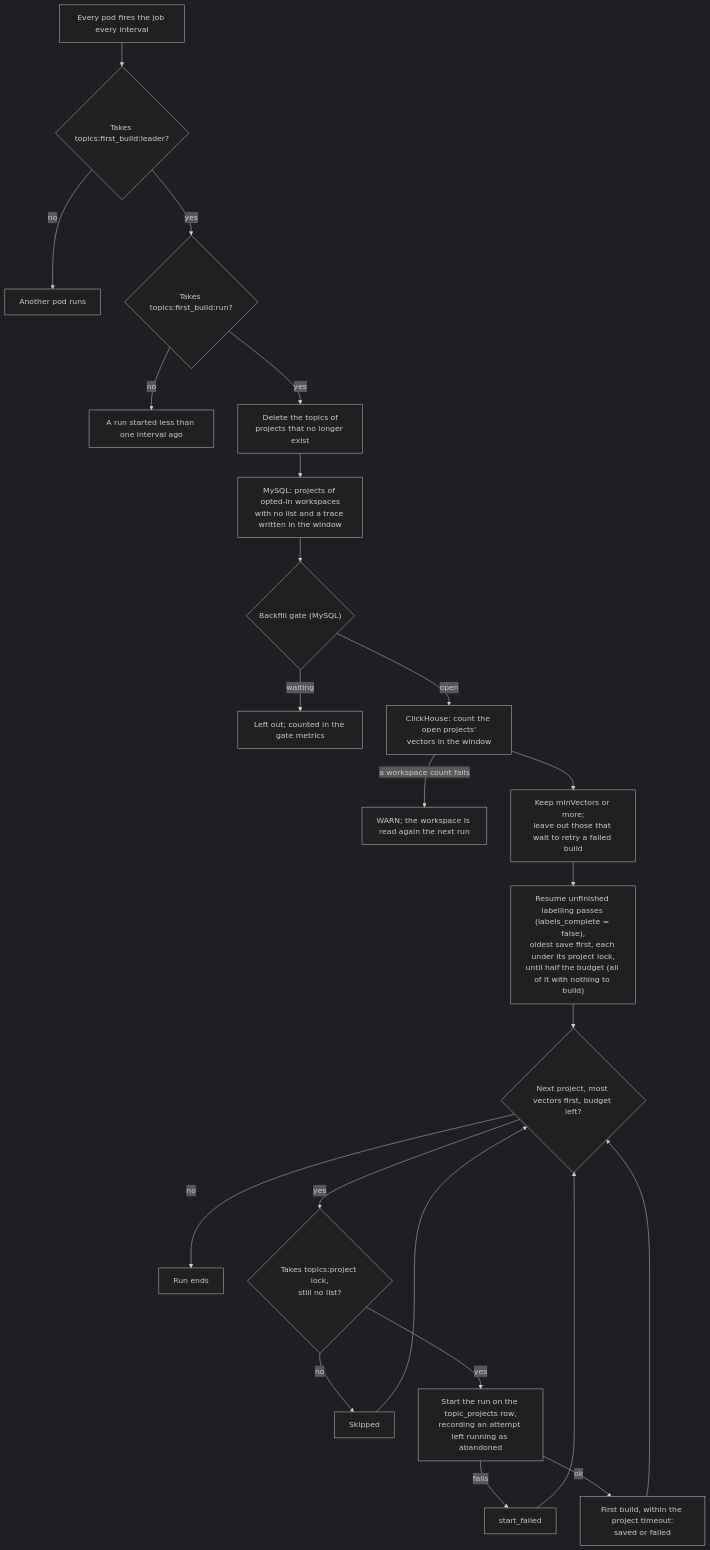
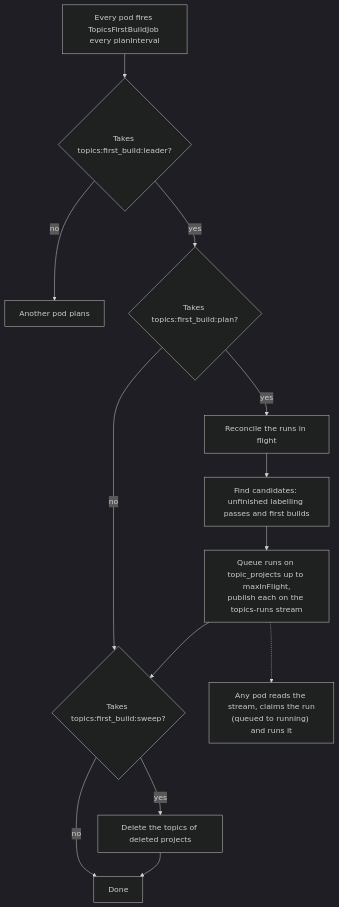
Before and after one commit to comet-ml/opik: the diagram in apps/opik-backend/docs/ai-labels-runbook.md, drawn with Mermaid (dark theme). The commit also changed other lines of this file, not shown here.

Commit message:
[OPIK-8987] [BE] docs: the runbook's first build on the run queue

````diff
--- a/apps/opik-backend/docs/ai-labels-runbook.md
+++ b/apps/opik-backend/docs/ai-labels-runbook.md
@@ -154,25 +126,15 @@
 ```mermaid
 flowchart TD
-    A["Every pod fires the job every interval"] --> B{"Takes topics:first_build:leader?"}
-    B -->|no| B1["Another pod runs"]
-    B -->|yes| R{"Takes topics:first_build:run?"}
-    R -->|no| R1["A run started less than one interval ago"]
-    R -->|yes| C["Delete the topics of<br/>projects that no longer exist"]
-    C --> D["MySQL: projects of opted-in workspaces<br/>with no list and a trace written in the window"]
-    D --> E{"Backfill gate (MySQL)"}
-    E -->|waiting| E1["Left out; counted in the gate metrics"]
-    E -->|open| F["ClickHouse: count the open projects'<br/>vectors in the window"]
-    F -->|a workspace count fails| F1["WARN; the workspace is read again the next run"]
-    F --> G["Keep minVectors or more;<br/>leave out those that wait to retry a failed build"]
-    G --> L["Resume unfinished labelling passes (labels_complete = false),<br/>oldest save first, each under its project lock,<br/>until half the budget (all of it with nothing to build)"]
-    L --> H{"Next project, most vectors first, budget left?"}
-    H -->|no| M["Run ends"]
-    H -->|yes| I{"Takes topics:project lock,<br/>still no list?"}
-    I -->|no| I1["Skipped"]
-    I -->|yes| J["Start the run on the topic_projects row,<br/>recording an attempt left running as abandoned"]
-    J -->|fails| J1["start_failed"]
-    J -->|ok| K["First build, within the project timeout:<br/>saved or failed"]
-    K --> H
-    I1 --> H
-    J1 --> H
+    A["Every pod fires TopicsFirstBuildJob every planInterval"] --> B{"Takes topics:first_build:leader?"}
+    B -->|no| B1["Another pod plans"]
+    B -->|yes| P{"Takes topics:first_build:plan?"}
+    P -->|no| S
+    P -->|yes| R["Reconcile the runs in flight"]
+    R --> C["Find candidates: unfinished labelling passes and first builds"]
+    C --> Q["Queue runs on topic_projects up to maxInFlight,<br/>publish each on the topics-runs stream"]
+    Q --> S{"Takes topics:first_build:sweep?"}
+    S -->|yes| D["Delete the topics of deleted projects"]
+    S -->|no| E["Done"]
+    D --> E
+    Q -.-> X["Any pod reads the stream, claims the run<br/>(queued to running) and runs it"]
 ```
````
